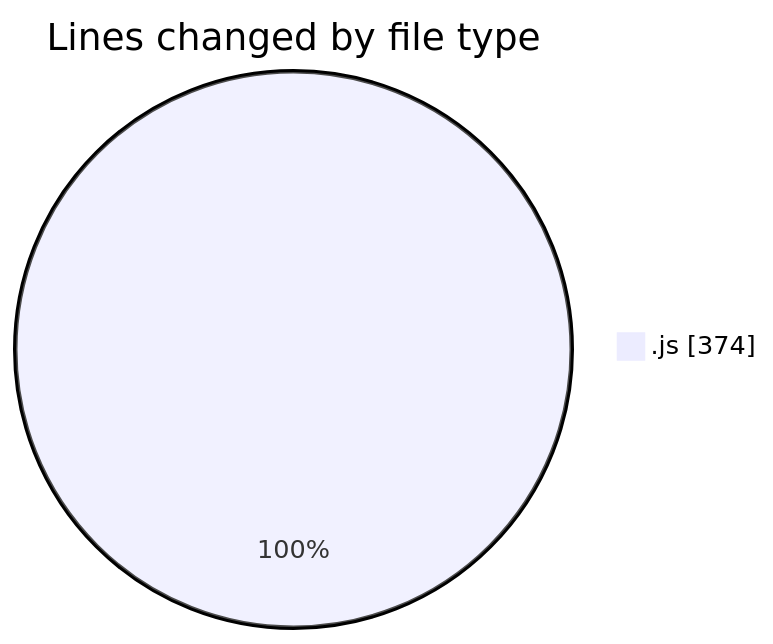
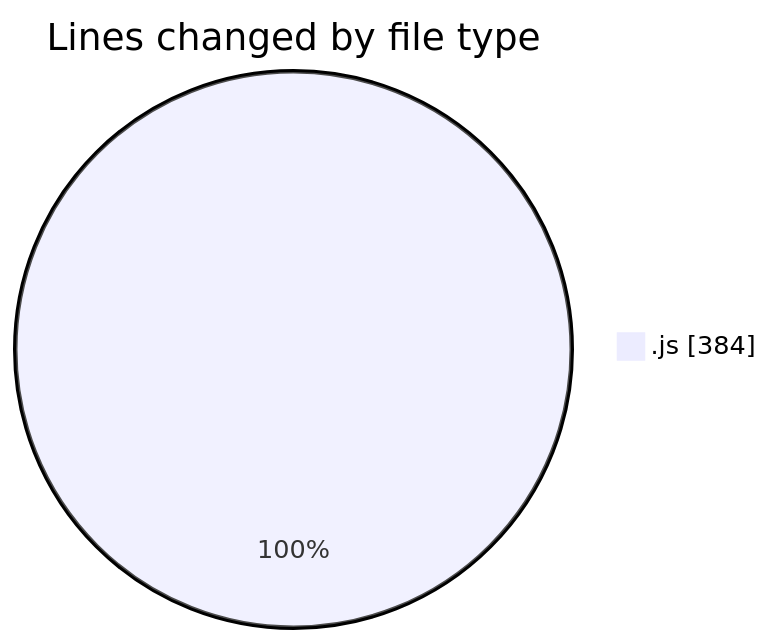
The first of 2 diagrams in 2025-04-04/jsvms/README.md (BS-eng2023/code-tracking), drawn with Mermaid before and after one commit. The commit also changed other lines of this file and 1 other file, not shown here.

````diff
--- a/2025-04-04/jsvms/README.md
+++ b/2025-04-04/jsvms/README.md
@@ -24,5 +24,5 @@
 ```mermaid
 pie showData
 title Lines changed by file type
-".js" : 374
+".js" : 384
 ```
````
